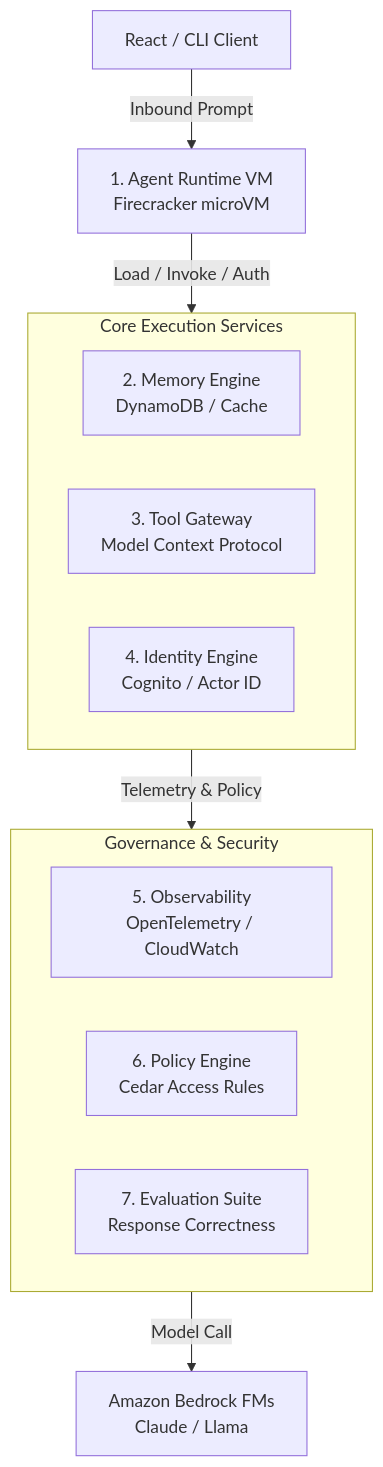
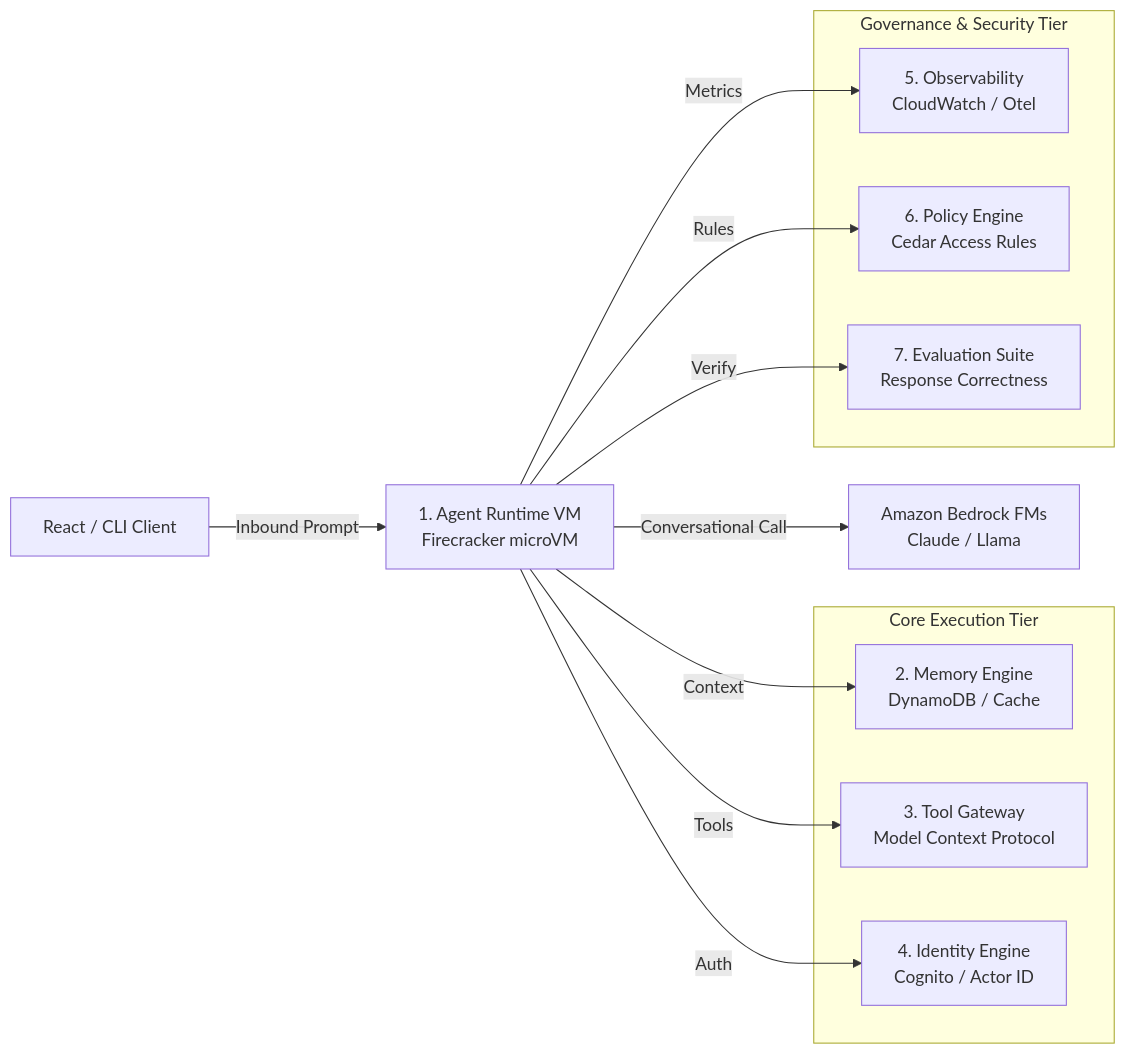
One commit to DeeptiShuklaProject/AWS_Bedrock changed the diagram in doc_uday_advance_notes/01_Chapter_introduction_to_bedrock_agentcore.md. Above: the diagram before and after it, drawn with Mermaid. The commit also changed 4 other files, not shown here.

Commit message:
fix(docs): format Architecture Overview diagram into clean horizontal graph LR layout with wide, high-contrast legibility

````diff
--- a/doc_uday_advance_notes/01_Chapter_introduction_to_bedrock_agentcore.md
+++ b/doc_uday_advance_notes/01_Chapter_introduction_to_bedrock_agentcore.md
@@ -66,22 +66,25 @@
 ```mermaid
-graph TD
+graph LR
     Client[React / CLI Client] -->|Inbound Prompt| Runtime[1. Agent Runtime VM<br/>Firecracker microVM]
 
-    subgraph Tier1["Core Execution Services"]
-        direction LR
+    subgraph Execution["Core Execution Tier"]
         Memory[2. Memory Engine<br/>DynamoDB / Cache]
         Gateway[3. Tool Gateway<br/>Model Context Protocol]
         Identity[4. Identity Engine<br/>Cognito / Actor ID]
     end
 
-    subgraph Tier2["Governance & Security"]
-        direction LR
-        Observability[5. Observability<br/>OpenTelemetry / CloudWatch]
+    subgraph Security["Governance & Security Tier"]
+        Observability[5. Observability<br/>CloudWatch / Otel]
         Policy[6. Policy Engine<br/>Cedar Access Rules]
         Evaluations[7. Evaluation Suite<br/>Response Correctness]
     end
 
-    Runtime -->|Load / Invoke / Auth| Tier1
-    Tier1 -->|Telemetry & Policy| Tier2
-    Tier2 -->|Model Call| FMs[Amazon Bedrock FMs<br/>Claude / Llama]
+    Runtime -->|Context| Memory
+    Runtime -->|Tools| Gateway
+    Runtime -->|Auth| Identity
+    Runtime -->|Metrics| Observability
+    Runtime -->|Rules| Policy
+    Runtime -->|Verify| Evaluations
+
+    Runtime -->|Conversational Call| FMs[Amazon Bedrock FMs<br/>Claude / Llama]
 ```
````
